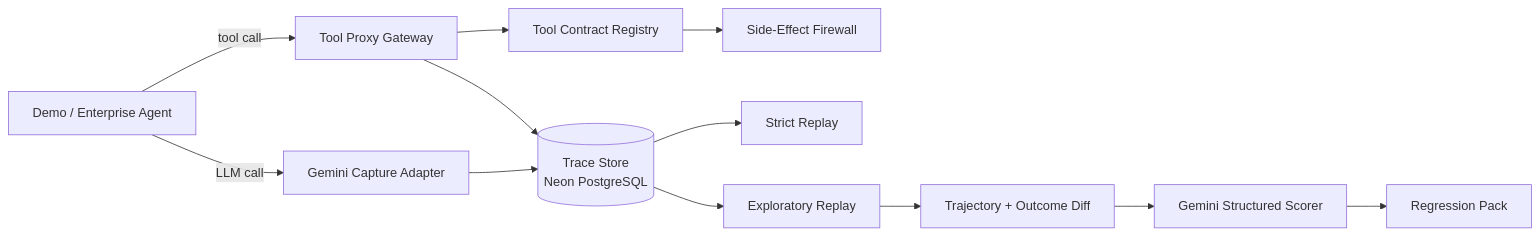
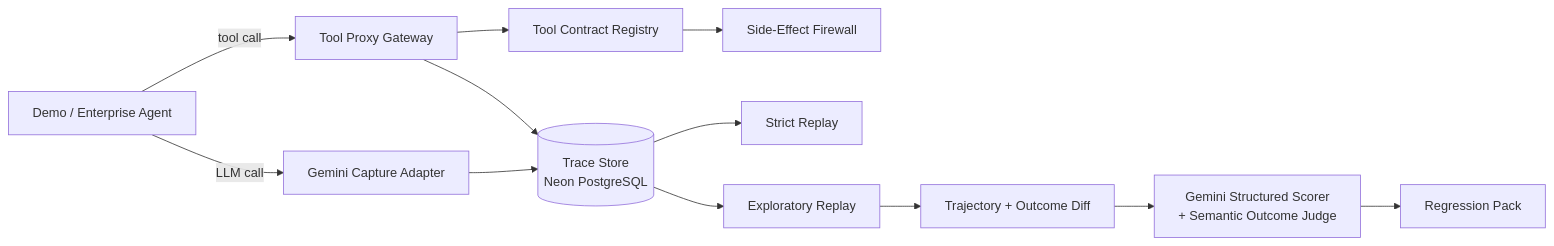
The first of 2 diagrams in README.md (defi12748/ProxyTrace), drawn with Mermaid before and after one commit. The commit also changed other lines of this file and 15 other files, not shown here.

Commit message:
add gemini outcome judge

````diff
--- a/README.md
+++ b/README.md
@@ -59,14 +60,14 @@
 ```mermaid
 graph LR
     Agent["Demo / Enterprise Agent"] -->|"LLM call"| LLM["Gemini Capture Adapter"]
     Agent -->|"tool call"| Proxy["Tool Proxy Gateway"]
     LLM --> Store[("Trace Store<br/>Neon PostgreSQL")]
     Proxy --> Contracts["Tool Contract Registry"]
     Contracts --> Firewall["Side-Effect Firewall"]
     Proxy --> Store
     Store --> Strict["Strict Replay"]
     Store --> Explore["Exploratory Replay"]
     Explore --> Diff["Trajectory + Outcome Diff"]
-    Diff --> Scorer["Gemini Structured Scorer"]
+    Diff --> Scorer["Gemini Structured Scorer<br/>+ Semantic Outcome Judge"]
     Scorer --> Regression["Regression Pack"]
 ```
````
